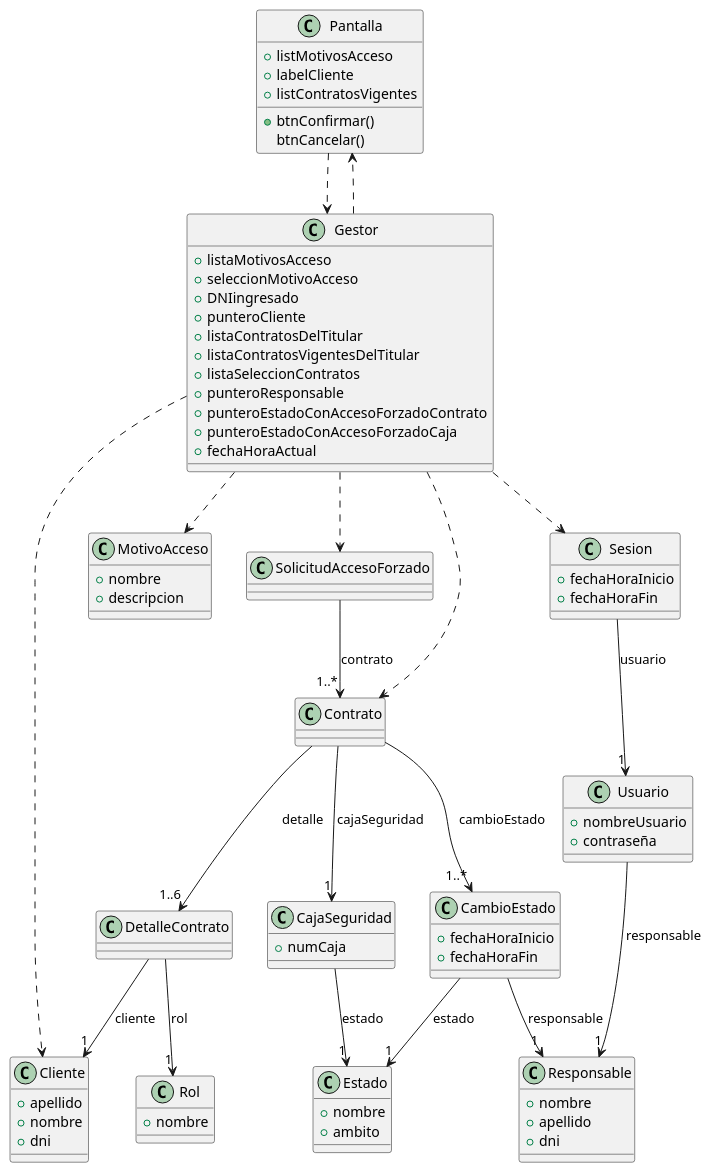
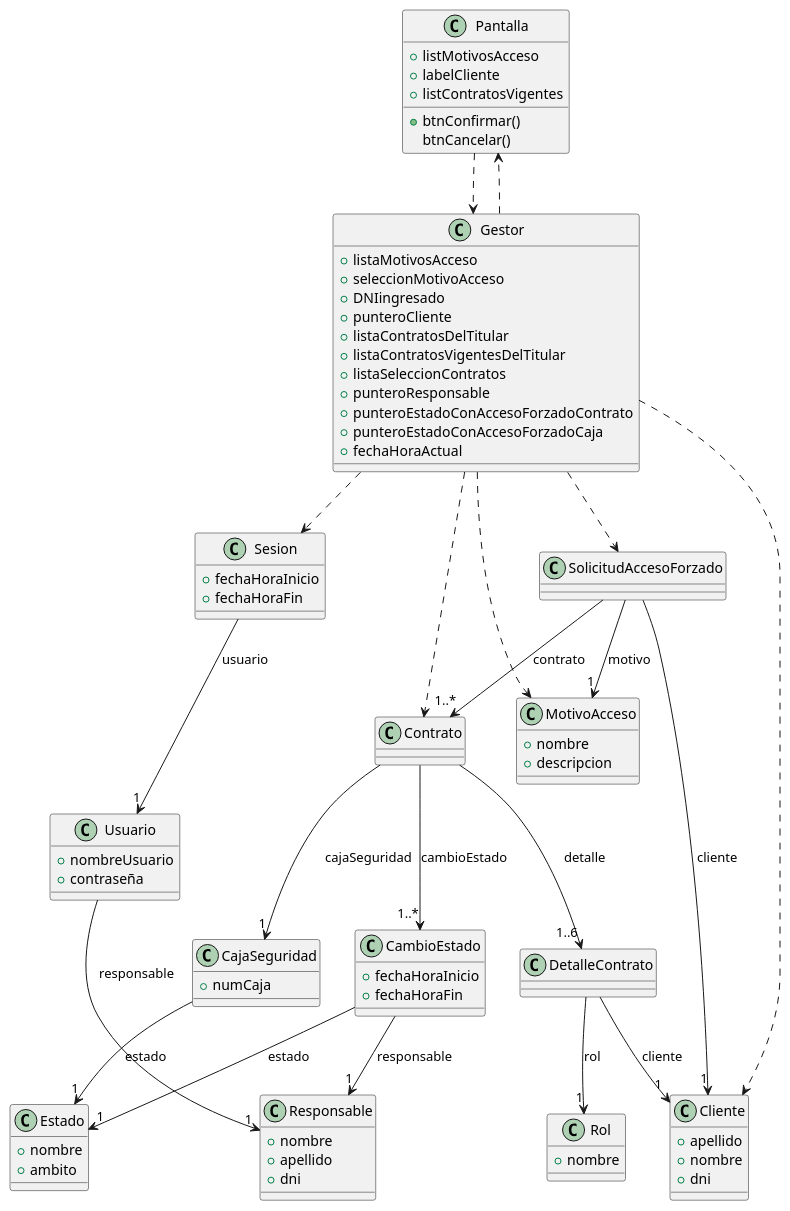
The diagram in PreParciales/Parcial/SolicitudAcceso/claseDetalle.puml (IgnacioSala20/Diagramas), drawn with PlantUML before and after one commit.

```diff
--- a/PreParciales/Parcial/SolicitudAcceso/claseDetalle.puml
+++ b/PreParciales/Parcial/SolicitudAcceso/claseDetalle.puml
@@ -1,83 +1,85 @@
 @startuml clase 
 
 class Pantalla{
     +listMotivosAcceso
     +labelCliente
     +listContratosVigentes 
     +btnConfirmar()
     btnCancelar()
 }
 class Gestor{
     +listaMotivosAcceso
     +seleccionMotivoAcceso
     +DNIingresado
     +punteroCliente
     +listaContratosDelTitular
     +listaContratosVigentesDelTitular
     +listaSeleccionContratos
     +punteroResponsable
     +punteroEstadoConAccesoForzadoContrato
     +punteroEstadoConAccesoForzadoCaja
     +fechaHoraActual
 }
 class Contrato{}
 class DetalleContrato{}
 class Rol{
     +nombre
 }
 class MotivoAcceso{
     +nombre
     +descripcion
 }
 
 class Cliente{
     +apellido
     +nombre
     +dni
 }
 class Estado{
     +nombre
     +ambito
 }
 class CambioEstado{
     +fechaHoraInicio
     +fechaHoraFin
 }
 class CajaSeguridad{
     +numCaja
 }
 class Sesion{
     +fechaHoraInicio
     +fechaHoraFin
 }
 class Usuario{
     +nombreUsuario
     +contraseña
 }
 class Responsable{
     +nombre
     +apellido
     +dni
 }
 class SolicitudAccesoForzado{}
+SolicitudAccesoForzado --> "1" Cliente : cliente
+SolicitudAccesoForzado --> "1" MotivoAcceso : motivo
 Gestor ..> Pantalla 
 Pantalla ..> Gestor
 
 CambioEstado --> "1" Estado : estado
 Contrato --> "1" CajaSeguridad : cajaSeguridad
 Sesion --> "1" Usuario : usuario
 Usuario --> "1" Responsable : responsable
 DetalleContrato --> "1" Rol: rol
 
 Gestor ..> MotivoAcceso 
 Gestor ..> Cliente 
 Gestor ..> Contrato
 CajaSeguridad --> "1" Estado : estado
 Contrato --> "1..*" CambioEstado : cambioEstado
 Gestor ..> Sesion
 CambioEstado --> "1" Responsable : responsable
 Contrato --> "1..6" DetalleContrato :detalle
 DetalleContrato --> "1" Cliente : cliente
 Gestor ..> SolicitudAccesoForzado
 SolicitudAccesoForzado --> "1..*" Contrato : contrato
 @enduml
```
